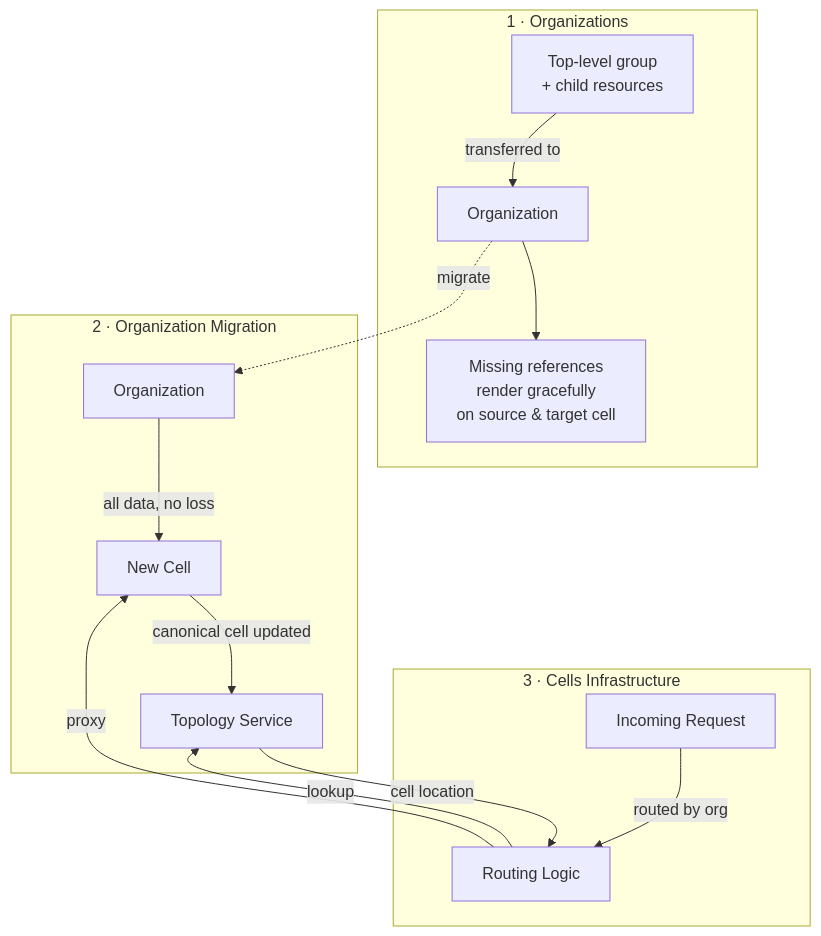
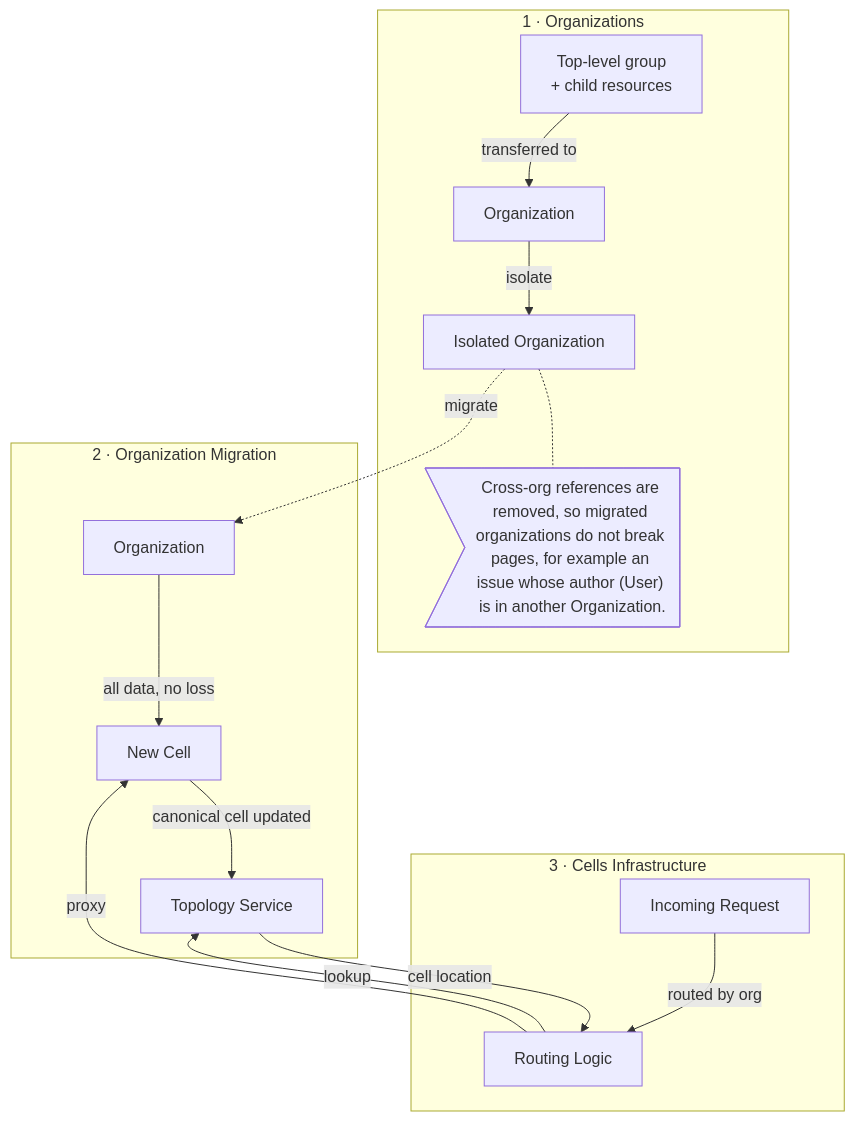
One commit to kyama0/gitlab-handbook-ja changed the first of 2 diagrams in content/handbook/engineering/architecture/design-documents/cells/_index.md. Above: the diagram before and after it, drawn with Mermaid. The commit also changed other lines of this file and 100 other files, not shown here.

````diff
--- a/content/handbook/engineering/architecture/design-documents/cells/_index.md
+++ b/content/handbook/engineering/architecture/design-documents/cells/_index.md
@@ -48,22 +50,23 @@
 ```mermaid
 flowchart TD
     subgraph P1["1 · Organizations"]
         A["Top-level group\n+ child resources"] -->|"transferred to"| B["Organization"]
-        B --> C["Missing references\nrender gracefully\non source & target cell"]
+        B -->|"isolate"| C["Isolated Organization"]
+        C -.- N>"Cross-org references are removed, so migrated organizations do not break pages, for example an issue whose author (User) is in another Organization."]
     end
 
     subgraph P2["2 · Organization Migration"]
         D["Organization"] -->|"all data, no loss"| E["New Cell"]
         E -->|"canonical cell updated"| F["Topology Service"]
     end
 
     subgraph P3["3 · Cells Infrastructure"]
         G["Incoming Request"] -->|"routed by org"| H["Routing Logic"]
         H -->|"lookup"| F
         F -->|"cell location"| H
         H -->|"proxy"| E
     end
 
-    B -.->|"migrate"| D
+    C -.->|"migrate"| D
     A ~~~ G
 ```
````
